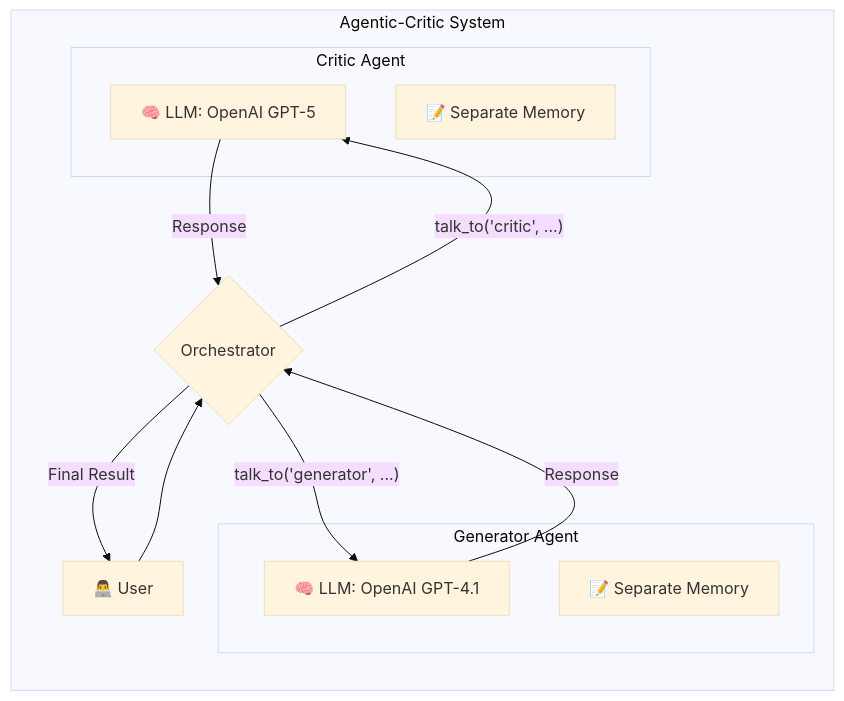
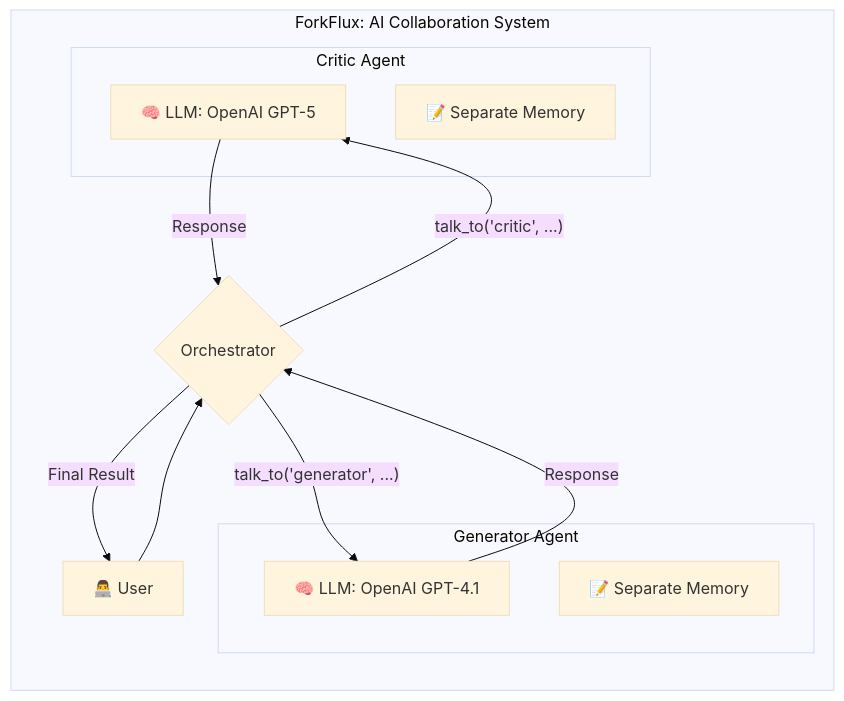
Before and after one commit to scream4ik/forkflux: the diagram in README.md, drawn with Mermaid (base theme). The commit also changed other lines of this file and 7 other files, not shown here.

````diff
--- a/README.md
+++ b/README.md
@@ -27,22 +27,22 @@
 ```mermaid
 graph LR
-    subgraph "Agentic-Critic System"
+    subgraph "ForkFlux: AI Collaboration System"
         U[👨‍💻 User] --> O{Orchestrator}
 
         subgraph "Generator Agent"
             A1_LLM[🧠 LLM: OpenAI GPT-4.1]
             A1_Mem[📝 Separate Memory]
         end
 
         subgraph "Critic Agent"
             A2_LLM[🧠 LLM: OpenAI GPT-5]
             A2_Mem[📝 Separate Memory]
         end
 
         O -- "talk_to('generator', ...)" --> A1_LLM
         O -- "talk_to('critic', ...)" --> A2_LLM
         A1_LLM -- "Response" --> O
         A2_LLM -- "Response" --> O
         O -- "Final Result" --> U
     end
 ```
````
